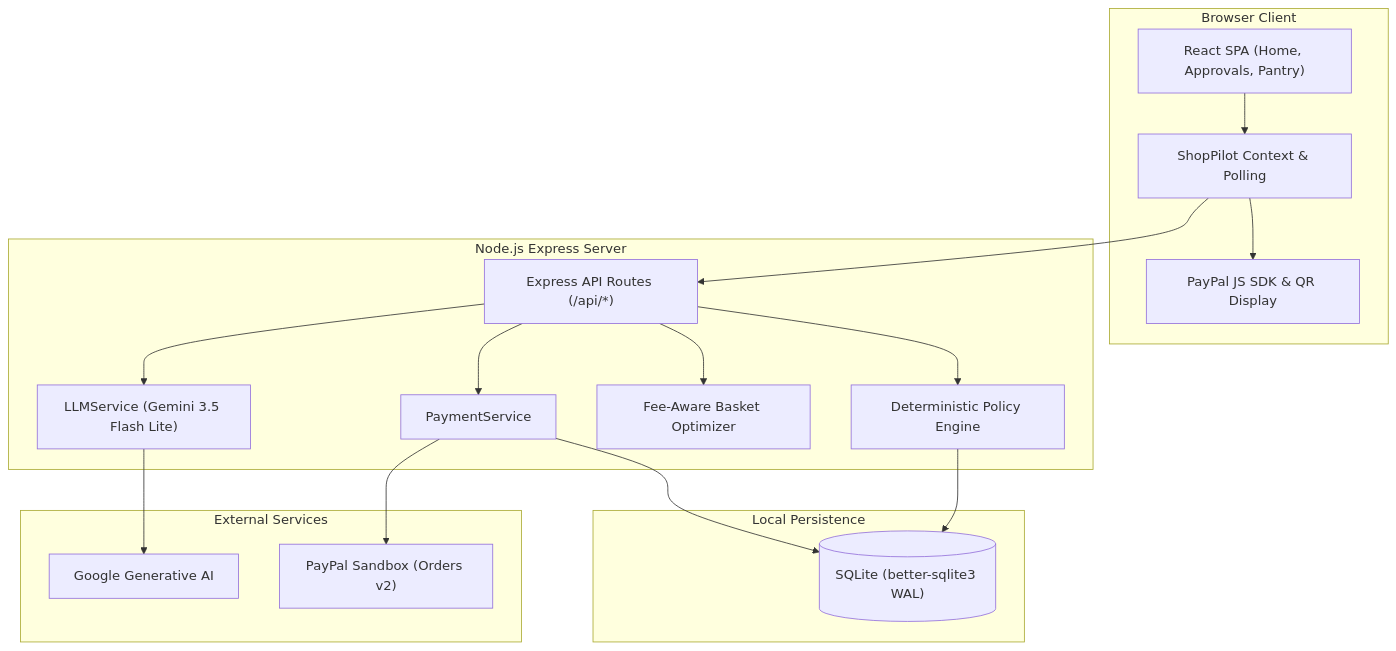
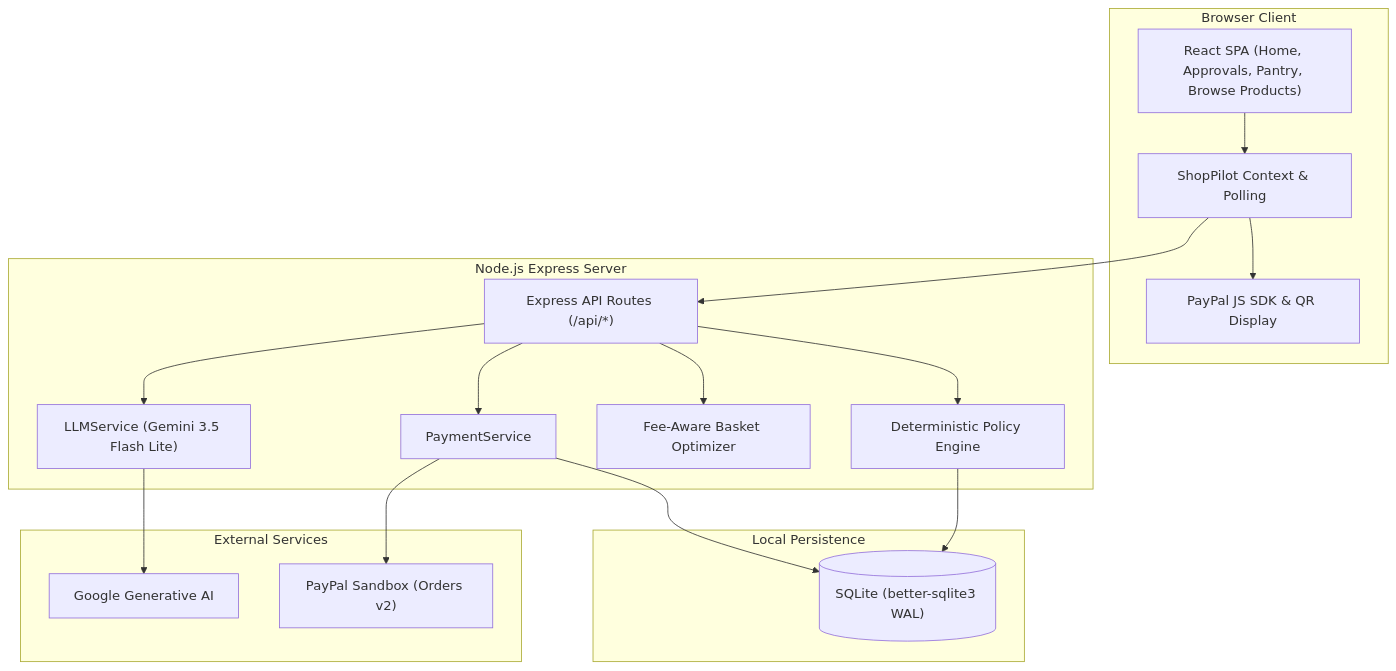
One commit to div-gul/paypal changed the first of 2 diagrams in README.md. Above: the diagram before and after it, drawn with Mermaid. The commit also changed other lines of this file and 12 other files, not shown here.

Commit message:
feat: browse products option added

````diff
--- a/README.md
+++ b/README.md
@@ -80,37 +82,37 @@
 ```mermaid
 flowchart TD
     subgraph Browser ["Browser Client"]
-        UI["React SPA (Home, Approvals, Pantry)"]
+        UI["React SPA (Home, Approvals, Pantry, Browse Products)"]
         Context["ShopPilot Context & Polling"]
         SDK["PayPal JS SDK & QR Display"]
     end
 
     subgraph Server ["Node.js Express Server"]
         Routes["Express API Routes (/api/*)"]
         PolicyEng["Deterministic Policy Engine"]
         Optimizer["Fee-Aware Basket Optimizer"]
         PayService["PaymentService"]
         LLM["LLMService (Gemini 3.5 Flash Lite)"]
     end
 
     subgraph Data ["Local Persistence"]
         DB[("SQLite (better-sqlite3 WAL)")]
     end
 
     subgraph External ["External Services"]
         PayPal["PayPal Sandbox (Orders v2)"]
         Gemini["Google Generative AI"]
     end
 
     UI --> Context
     Context --> SDK
     Context --> Routes
     Routes --> PolicyEng
     Routes --> Optimizer
     Routes --> PayService
     Routes --> LLM
     PolicyEng --> DB
     PayService --> DB
     PayService --> PayPal
     LLM --> Gemini
 ```
````
